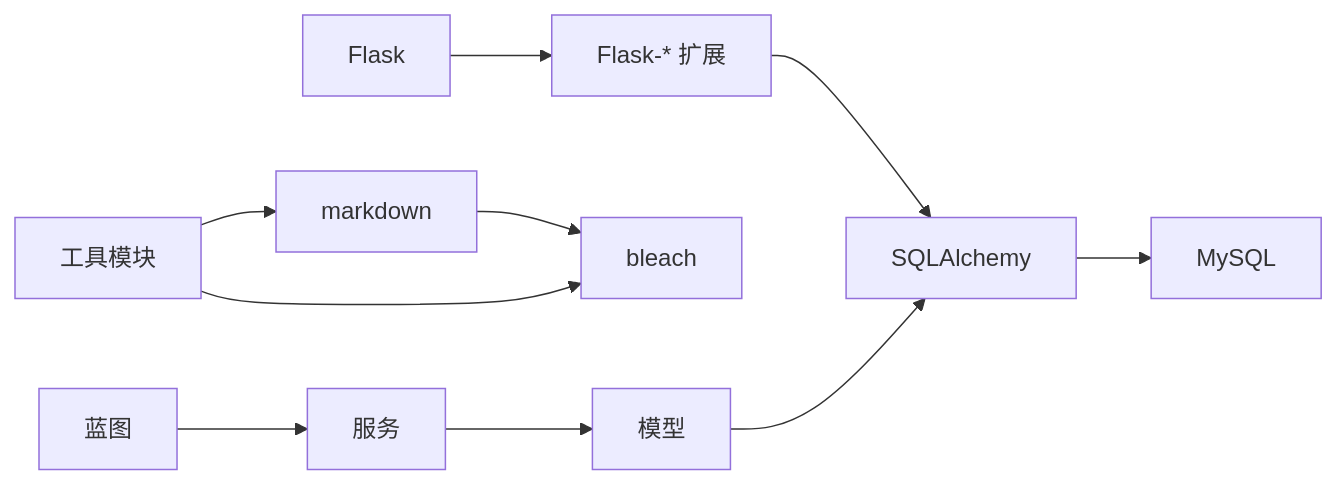
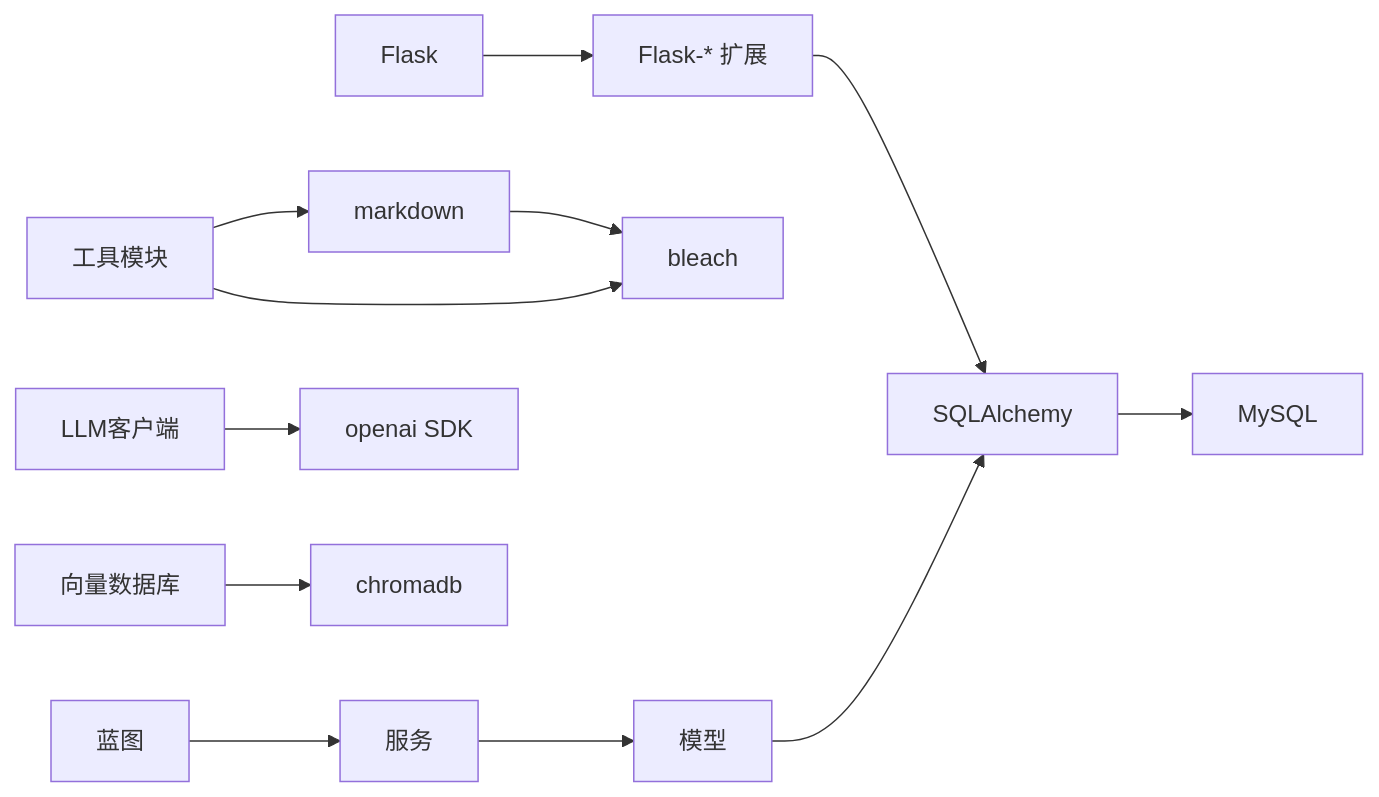
One commit to beyondalbert/my_wiki changed the tenth of 10 diagrams in .qoder/repowiki/zh/content/核心模块/文档管理系统/文档管理系统.md. Above: the diagram before and after it, drawn with Mermaid. The commit also changed other lines of this file and 17 other files, not shown here.

````diff
--- a/.qoder/repowiki/zh/content/核心模块/文档管理系统/文档管理系统.md
+++ b/.qoder/repowiki/zh/content/核心模块/文档管理系统/文档管理系统.md
@@ -470,12 +583,14 @@
 ```mermaid
 graph LR
 Flask["Flask"] --> Ext["Flask-* 扩展"]
 Ext --> SQL["SQLAlchemy"]
 SQL --> DB["MySQL"]
 MD["markdown"] --> Clean["bleach"]
 Tools["工具模块"] --> MD
 Tools --> Clean
 Blueprints["蓝图"] --> Services["服务"]
 Services --> Models["模型"]
 Models --> SQL
+LLM["LLM客户端"] --> OpenAI["openai SDK"]
+Vector["向量数据库"] --> Chroma["chromadb"]
 ```
````
